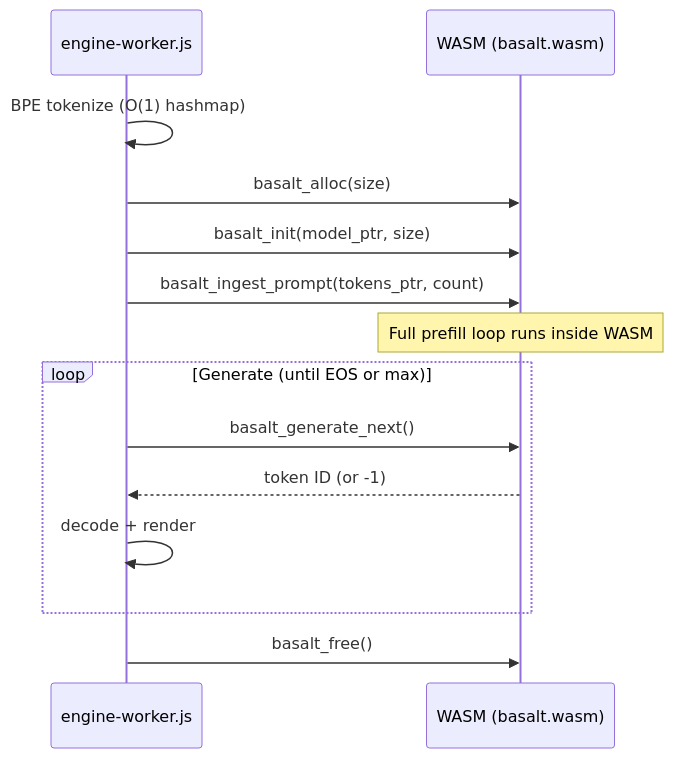
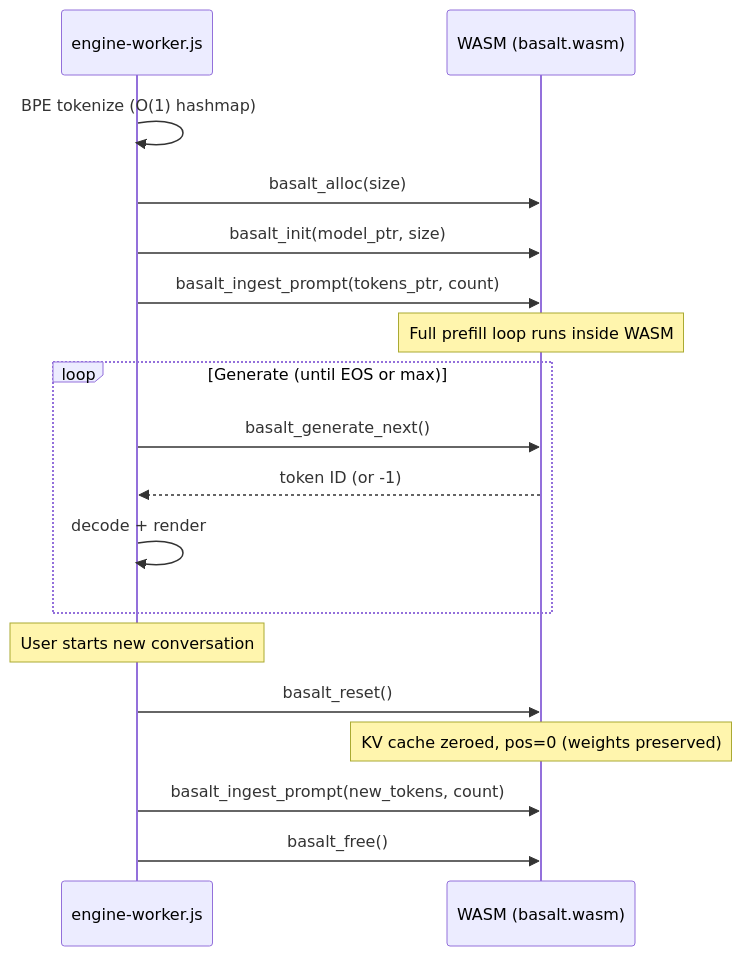
The fourth of 4 diagrams in basalt/README.md (PropertySightlines/lattice-lettuce-fix), drawn with Mermaid before and after one commit. The commit also changed other lines of this file and 16 other files, not shown here.

````diff
--- a/basalt/README.md
+++ b/basalt/README.md
@@ -311,19 +312,24 @@
 ```mermaid
 sequenceDiagram
     participant JS as engine-worker.js
     participant W as WASM (basalt.wasm)
 
     JS->>JS: BPE tokenize (O(1) hashmap)
     JS->>W: basalt_alloc(size)
     JS->>W: basalt_init(model_ptr, size)
     JS->>W: basalt_ingest_prompt(tokens_ptr, count)
     Note over W: Full prefill loop runs inside WASM
 
     loop Generate (until EOS or max)
         JS->>W: basalt_generate_next()
         W-->>JS: token ID (or -1)
         JS->>JS: decode + render
     end
 
+    Note over JS: User starts new conversation
+    JS->>W: basalt_reset()
+    Note over W: KV cache zeroed, pos=0 (weights preserved)
+    JS->>W: basalt_ingest_prompt(new_tokens, count)
+
     JS->>W: basalt_free()
 ```
````
